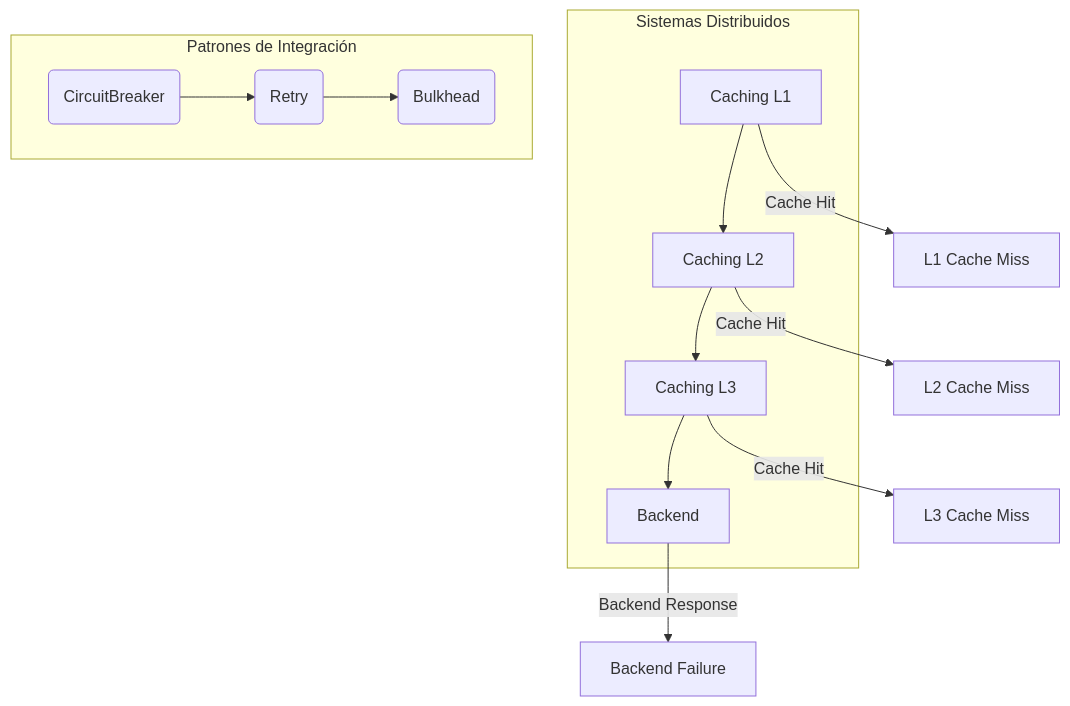
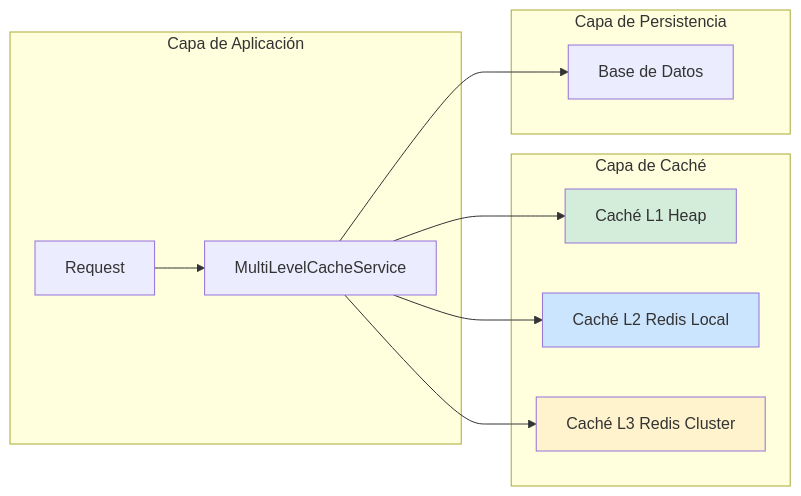
The second of 3 diagrams in _Review/caching_multinivel_l1_l2_l3/caching_multinivel_l1_l2_l3.md (Joaquinriosheredia/DAM-Java-Mastery), drawn with Mermaid before and after one commit. The commit also changed other lines of this file, not shown here.

Commit message:
caching_multinivel_l1_l2_l3.md

````diff
--- a/_Review/caching_multinivel_l1_l2_l3/caching_multinivel_l1_l2_l3.md
+++ b/_Review/caching_multinivel_l1_l2_l3/caching_multinivel_l1_l2_l3.md
@@ -627,16 +156,27 @@
 ```mermaid
-graph TD
-    subgraph Sistemas Distribuidos
-        A[Caching L1] --> B[Caching L2]
-        B --> C[Caching L3]
-        C --> D[Backend]
+graph LR
+    subgraph "Capa de Aplicación"
+        REQ[Request]
+        SVC[MultiLevelCacheService]
     end
-    subgraph Patrones de Integración
-        E(CircuitBreaker) --> F(Retry)
-        F --> G(Bulkhead)
+    
+    subgraph "Capa de Caché"
+        L1[Caché L1 Heap]
+        L2[Caché L2 Redis Local]
+        L3[Caché L3 Redis Cluster]
     end
-    A -- "Cache Hit" --> H[L1 Cache Miss] 
-    B -- "Cache Hit" --> I[L2 Cache Miss]
-    C -- "Cache Hit" --> J[L3 Cache Miss]
-    D -- "Backend Response" --> K[Backend Failure]
+    
+    subgraph "Capa de Persistencia"
+        DB[Base de Datos]
+    end
+    
+    REQ --> SVC
+    SVC --> L1
+    SVC --> L2
+    SVC --> L3
+    SVC --> DB
+    
+    style L1 fill:#d4edda
+    style L2 fill:#cce5ff
+    style L3 fill:#fff3cd
 ```
````
